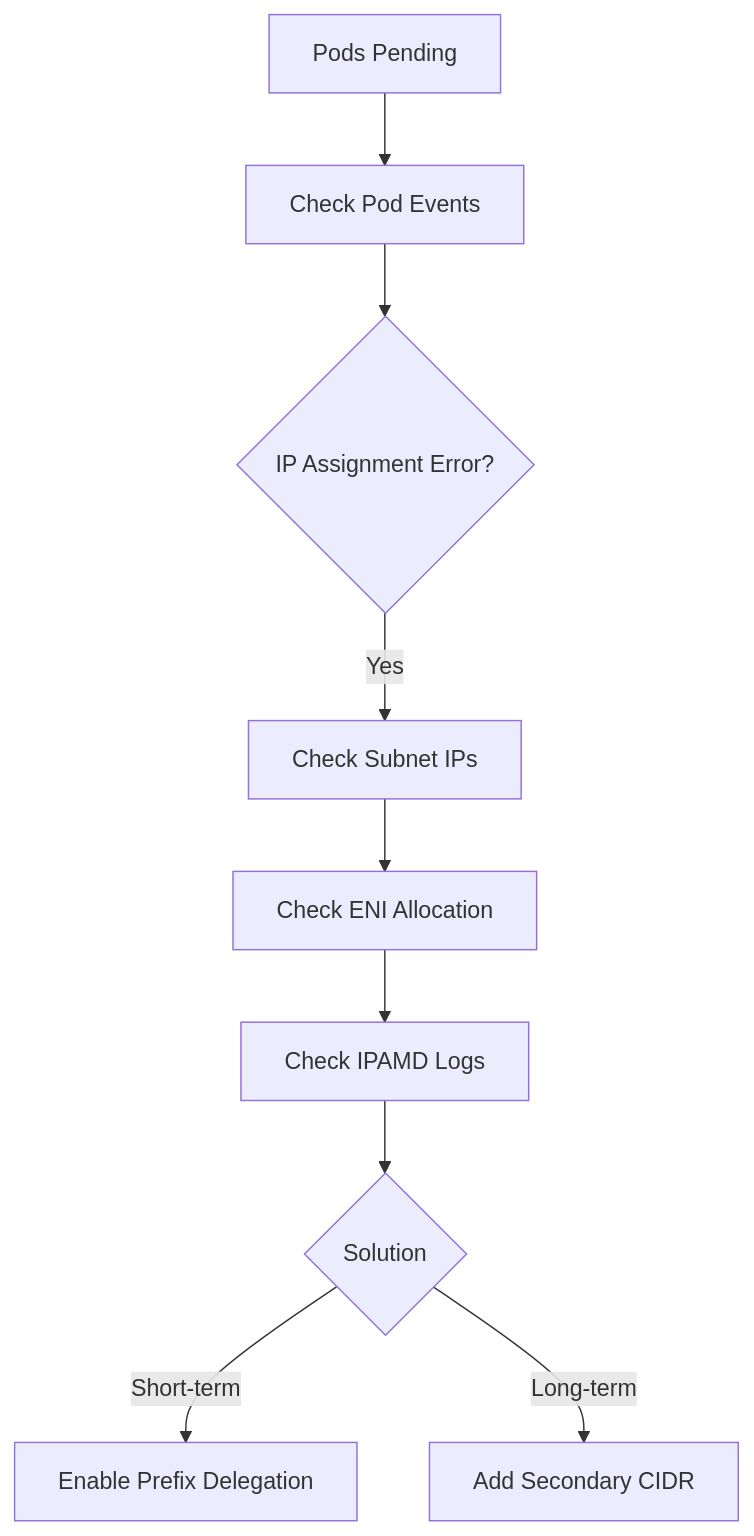
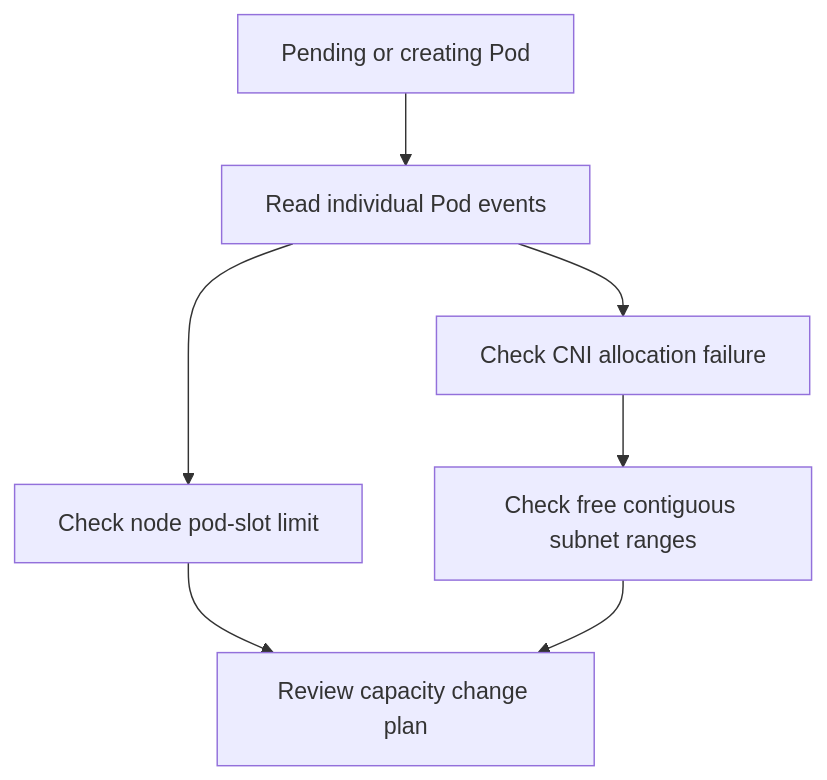
One commit to Atom-oh/oh-my-cloud-skills changed the first of 2 diagrams in doc-sites/i18n/ko/docusaurus-plugin-content-docs/current/aws-ops-plugin/demos/network-diagnosis-demo.md. Above: the diagram before and after it, drawn with Mermaid. The commit also changed other lines of this file and 8 other files, not shown here.

````diff
--- a/doc-sites/i18n/ko/docusaurus-plugin-content-docs/current/aws-ops-plugin/demos/network-diagnosis-demo.md
+++ b/doc-sites/i18n/ko/docusaurus-plugin-content-docs/current/aws-ops-plugin/demos/network-diagnosis-demo.md
@@ -32,11 +32,9 @@
 ```mermaid
 flowchart TD
-    START[Pods Pending] --> EVENTS[Check Pod Events]
-    EVENTS --> IP_ERROR{IP Assignment Error?}
-    IP_ERROR -->|Yes| SUBNET[Check Subnet IPs]
-    SUBNET --> ENI[Check ENI Allocation]
-    ENI --> IPAMD[Check IPAMD Logs]
-    IPAMD --> SOLUTION{Solution}
-    SOLUTION -->|Short-term| PREFIX[Enable Prefix Delegation]
-    SOLUTION -->|Long-term| CIDR[Add Secondary CIDR]
+    START[Pending or creating Pod] --> EVENTS[Read individual Pod events]
+    EVENTS --> SLOTS[Check node pod-slot limit]
+    EVENTS --> CNI[Check CNI allocation failure]
+    CNI --> SUBNET[Check free contiguous subnet ranges]
+    SLOTS --> PLAN[Review capacity change plan]
+    SUBNET --> PLAN
 ```
````
